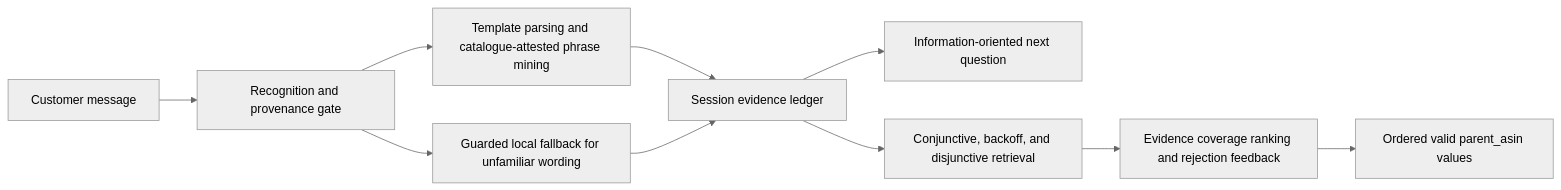
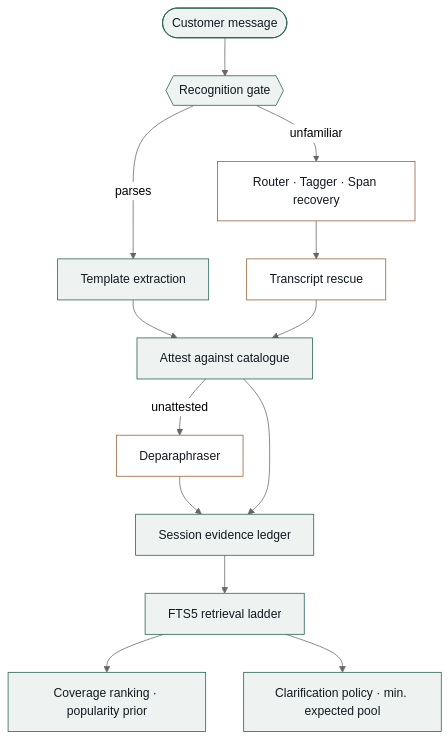
Before and after one commit to DanielNg0729/L-GPT: the diagram in README.md, drawn with Mermaid (neutral theme). The commit also changed other lines of this file and 4 other files, not shown here.

````diff
--- a/README.md
+++ b/README.md
@@ -25,12 +124,20 @@
 ```mermaid
-flowchart LR
-    M[Customer message] --> G[Recognition and provenance gate]
-    G --> E[Template parsing and catalogue-attested phrase mining]
-    G --> F[Guarded local fallback for unfamiliar wording]
-    E --> S[Session evidence ledger]
-    F --> S
-    S --> Q[Information-oriented next question]
-    S --> R[Conjunctive, backoff, and disjunctive retrieval]
-    R --> K[Evidence coverage ranking and rejection feedback]
-    K --> O[Ordered valid parent_asin values]
+flowchart TB
+    M([Customer message]) --> G{{Recognition gate}}
+    G -- parses --> T[Template extraction]
+    G -- unfamiliar --> U[Router · Tagger · Span recovery]
+    U --> R[Transcript rescue]
+    T --> A[Attest against catalogue]
+    R --> A
+    A -- unattested --> D[Deparaphraser]
+    D --> L[Session evidence ledger]
+    A --> L
+    L --> F[FTS5 retrieval ladder]
+    F --> K[Coverage ranking · popularity prior]
+    F --> Q[Clarification policy · min. expected pool]
+
+    classDef lex fill:#EEF3F1,stroke:#1F5F4F,color:#12181F;
+    classDef learn fill:#FFFFFF,stroke:#9A5B2E,color:#12181F;
+    class M,G,T,A,L,F,K,Q lex;
+    class U,R,D learn;
 ```
````
